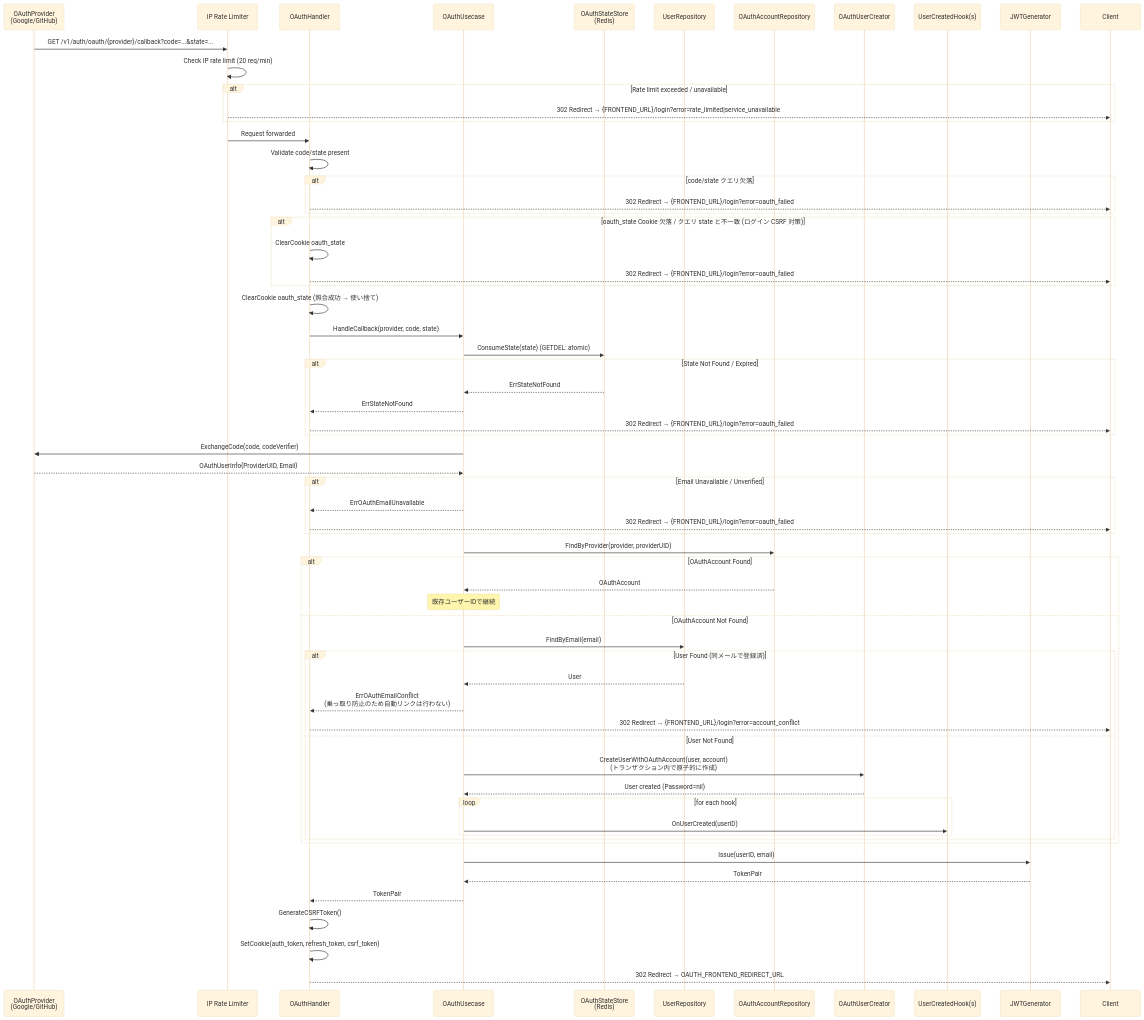
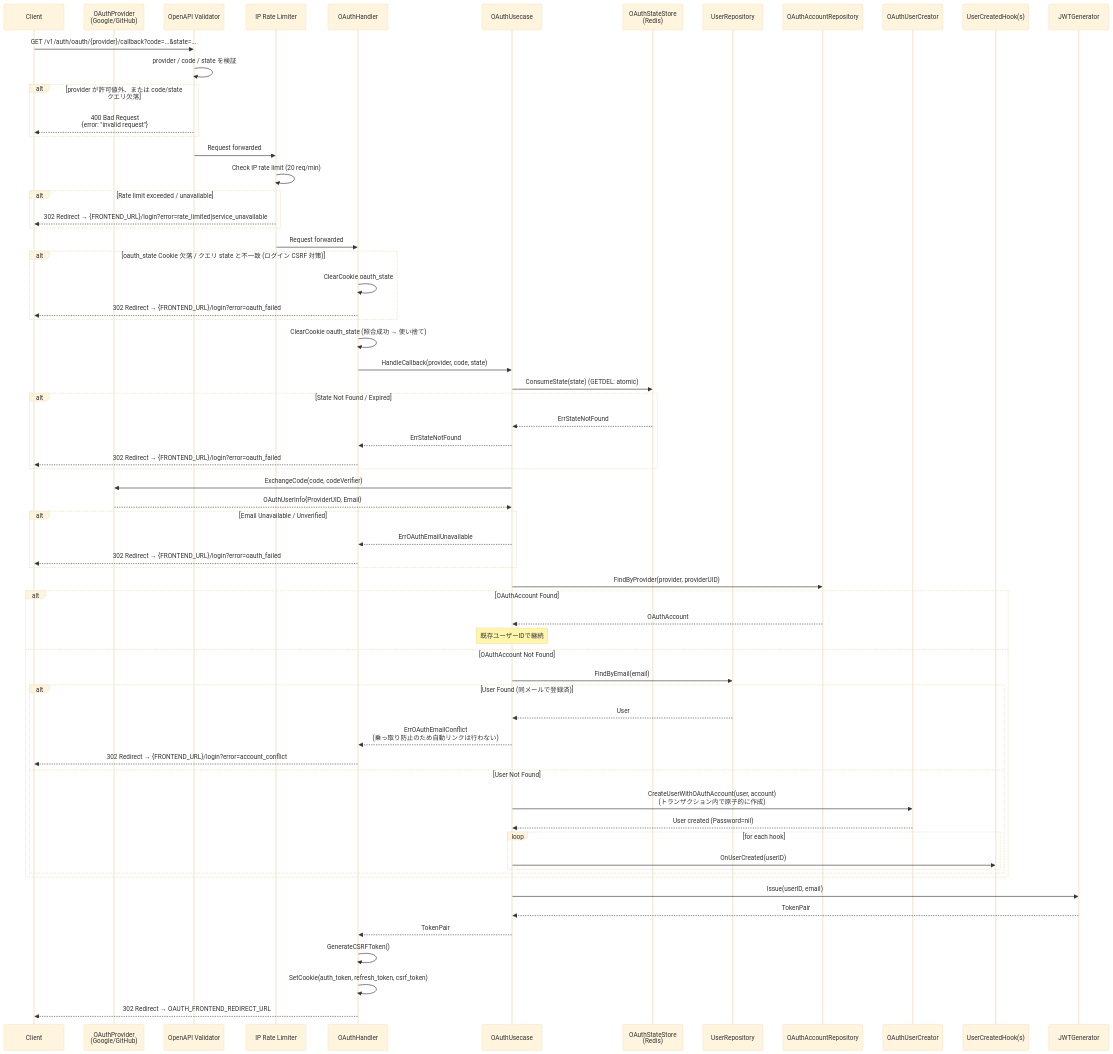
One commit to UCHIDAnobuhiro/stock-backend changed the sixth of 7 diagrams in docs/features/auth.md. Above: the diagram before and after it, drawn with Mermaid (base theme). The commit also changed other lines of this file and 9 other files, not shown here.

````diff
--- a/docs/features/auth.md
+++ b/docs/features/auth.md
@@ -214,75 +220,76 @@
 ```mermaid
 sequenceDiagram
+    participant Client
     participant Provider as OAuthProvider<br/>(Google/GitHub)
+    participant Validator as OpenAPI Validator
     participant RateLimit as IP Rate Limiter
     participant Handler as OAuthHandler
     participant Usecase as OAuthUsecase
     participant StateStore as OAuthStateStore<br/>(Redis)
     participant UserRepo as UserRepository
     participant OAuthRepo as OAuthAccountRepository
     participant Creator as OAuthUserCreator
     participant Hooks as UserCreatedHook(s)
     participant JWT as JWTGenerator
 
-    Provider->>RateLimit: GET /v1/auth/oauth/{provider}/callback?code=...&state=...
+    Client->>Validator: GET /v1/auth/oauth/{provider}/callback?code=...&state=...
+    Validator->>Validator: provider / code / state を検証
+    alt provider が許可値外、または code/state クエリ欠落
+        Validator-->>Client: 400 Bad Request<br/>{error: "invalid request"}
+    end
+    Validator->>RateLimit: Request forwarded
     RateLimit->>RateLimit: Check IP rate limit (20 req/min)
     alt Rate limit exceeded / unavailable
         RateLimit-->>Client: 302 Redirect → {FRONTEND_URL}/login?error=rate_limited|service_unavailable
     end
     RateLimit->>Handler: Request forwarded
-    Handler->>Handler: Validate code/state present
-
-    alt code/state クエリ欠落
-        Handler-->>Client: 302 Redirect → {FRONTEND_URL}/login?error=oauth_failed
-    end
-
     alt oauth_state Cookie 欠落 / クエリ state と不一致 (ログイン CSRF 対策)
         Handler->>Handler: ClearCookie oauth_state
         Handler-->>Client: 302 Redirect → {FRONTEND_URL}/login?error=oauth_failed
     end
 
     Handler->>Handler: ClearCookie oauth_state (照合成功 → 使い捨て)
     Handler->>Usecase: HandleCallback(provider, code, state)
     Usecase->>StateStore: ConsumeState(state) (GETDEL: atomic)
 
     alt State Not Found / Expired
         StateStore-->>Usecase: ErrStateNotFound
         Usecase-->>Handler: ErrStateNotFound
         Handler-->>Client: 302 Redirect → {FRONTEND_URL}/login?error=oauth_failed
     end
 
     Usecase->>Provider: ExchangeCode(code, codeVerifier)
     Provider-->>Usecase: OAuthUserInfo{ProviderUID, Email}
 
     alt Email Unavailable / Unverified
         Usecase-->>Handler: ErrOAuthEmailUnavailable
         Handler-->>Client: 302 Redirect → {FRONTEND_URL}/login?error=oauth_failed
     end
 
     Usecase->>OAuthRepo: FindByProvider(provider, providerUID)
 
     alt OAuthAccount Found
         OAuthRepo-->>Usecase: OAuthAccount
         Note over Usecase: 既存ユーザーIDで継続
     else OAuthAccount Not Found
         Usecase->>UserRepo: FindByEmail(email)
         alt User Found (同メールで登録済)
             UserRepo-->>Usecase: User
             Usecase-->>Handler: ErrOAuthEmailConflict<br/>(乗っ取り防止のため自動リンクは行わない)
             Handler-->>Client: 302 Redirect → {FRONTEND_URL}/login?error=account_conflict
         else User Not Found
             Usecase->>Creator: CreateUserWithOAuthAccount(user, account)<br/>(トランザクション内で原子的に作成)
             Creator-->>Usecase: User created (Password=nil)
             loop for each hook
                 Usecase->>Hooks: OnUserCreated(userID)
             end
         end
     end
 
     Usecase->>JWT: Issue(userID, email)
     JWT-->>Usecase: TokenPair
     Usecase-->>Handler: TokenPair
     Handler->>Handler: GenerateCSRFToken()
     Handler->>Handler: SetCookie(auth_token, refresh_token, csrf_token)
     Handler-->>Client: 302 Redirect → OAUTH_FRONTEND_REDIRECT_URL
 ```
````
